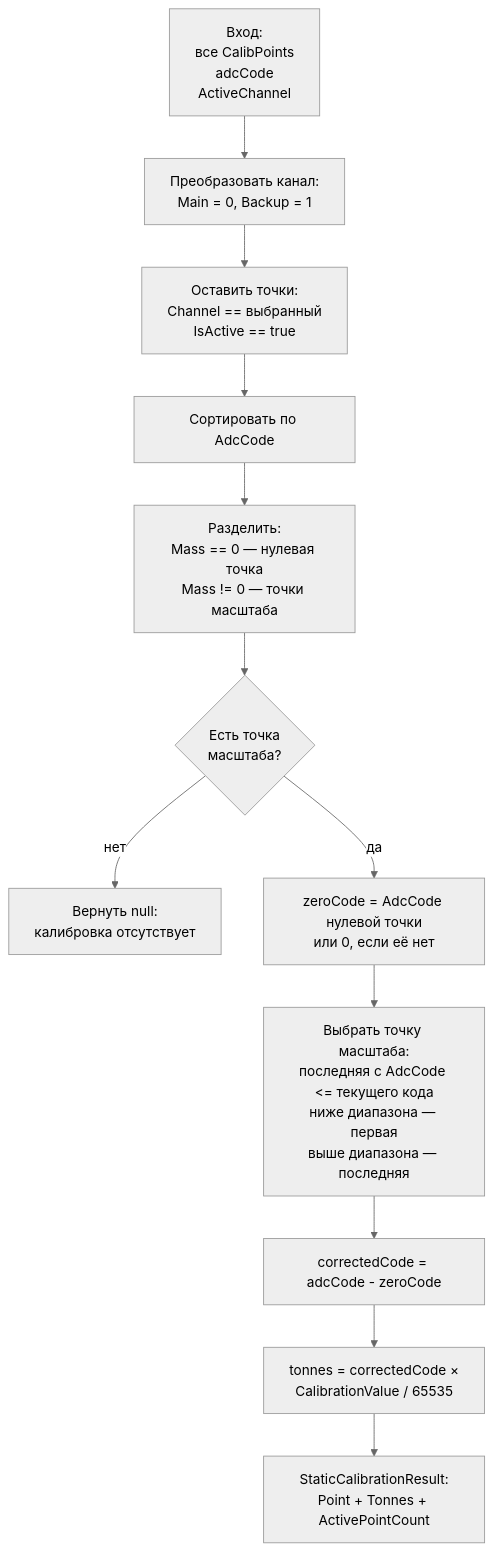
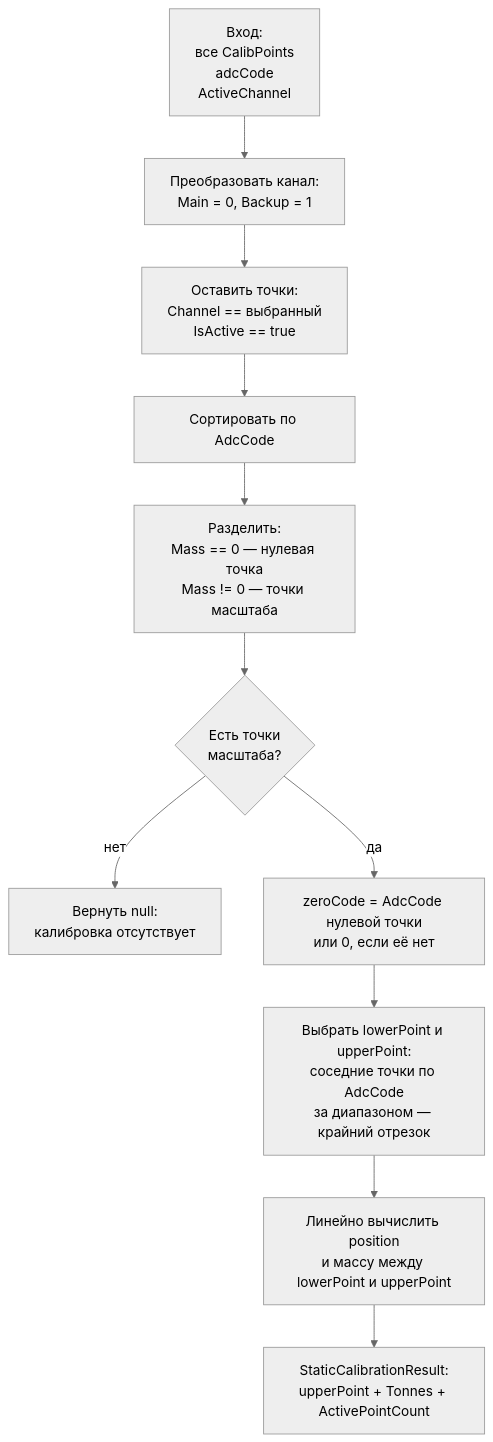
One commit to AlexPaturov/Vesy13 changed the second of 4 diagrams in src/Vesy13/docs/static-calibration-dataflow.md. Above: the diagram before and after it, drawn with Mermaid (neutral theme). The commit also changed other lines of this file and 3 other files, not shown here.

````diff
--- a/src/Vesy13/docs/static-calibration-dataflow.md
+++ b/src/Vesy13/docs/static-calibration-dataflow.md
@@ -62,19 +62,18 @@
 ```mermaid
 flowchart TD
     INPUT["Вход:<br/>все CalibPoints<br/>adcCode<br/>ActiveChannel"]
     CHANNEL["Преобразовать канал:<br/>Main = 0, Backup = 1"]
     FILTER["Оставить точки:<br/>Channel == выбранный<br/>IsActive == true"]
     SORT["Сортировать по AdcCode"]
     SPLIT["Разделить:<br/>Mass == 0 — нулевая точка<br/>Mass != 0 — точки масштаба"]
-    HAS{"Есть точка<br/>масштаба?"}
+    HAS{"Есть точки<br/>масштаба?"}
     NULL["Вернуть null:<br/>калибровка отсутствует"]
     ZERO["zeroCode = AdcCode нулевой точки<br/>или 0, если её нет"]
-    POINT["Выбрать точку масштаба:<br/>последняя с AdcCode <= текущего кода<br/>ниже диапазона — первая<br/>выше диапазона — последняя"]
-    CORRECTED["correctedCode = adcCode - zeroCode"]
-    CALC["tonnes = correctedCode ×<br/>CalibrationValue / 65535"]
-    RESULT["StaticCalibrationResult:<br/>Point + Tonnes + ActivePointCount"]
+    SEGMENT["Выбрать lowerPoint и upperPoint:<br/>соседние точки по AdcCode<br/>за диапазоном — крайний отрезок"]
+    INTERPOLATE["Линейно вычислить position<br/>и массу между lowerPoint и upperPoint"]
+    RESULT["StaticCalibrationResult:<br/>upperPoint + Tonnes + ActivePointCount"]
 
     INPUT --> CHANNEL --> FILTER --> SORT --> SPLIT --> HAS
     HAS -- нет --> NULL
-    HAS -- да --> ZERO --> POINT --> CORRECTED --> CALC --> RESULT
+    HAS -- да --> ZERO --> SEGMENT --> INTERPOLATE --> RESULT
 ```
````
